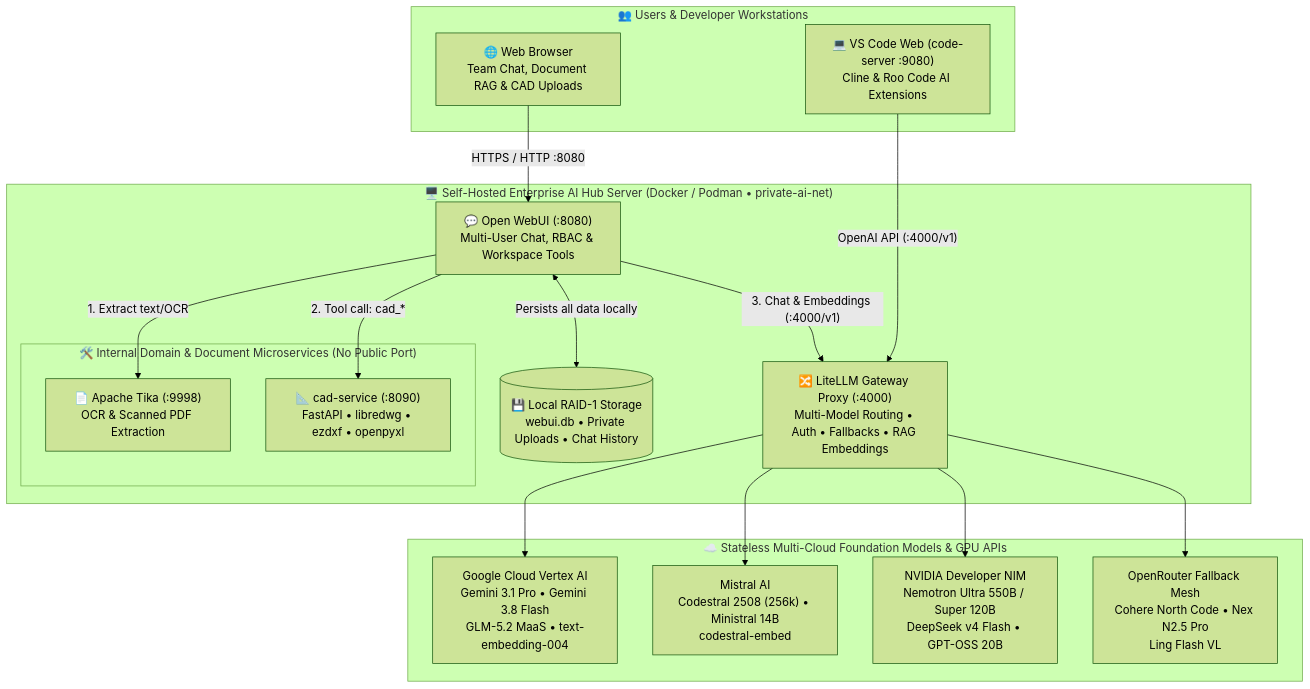
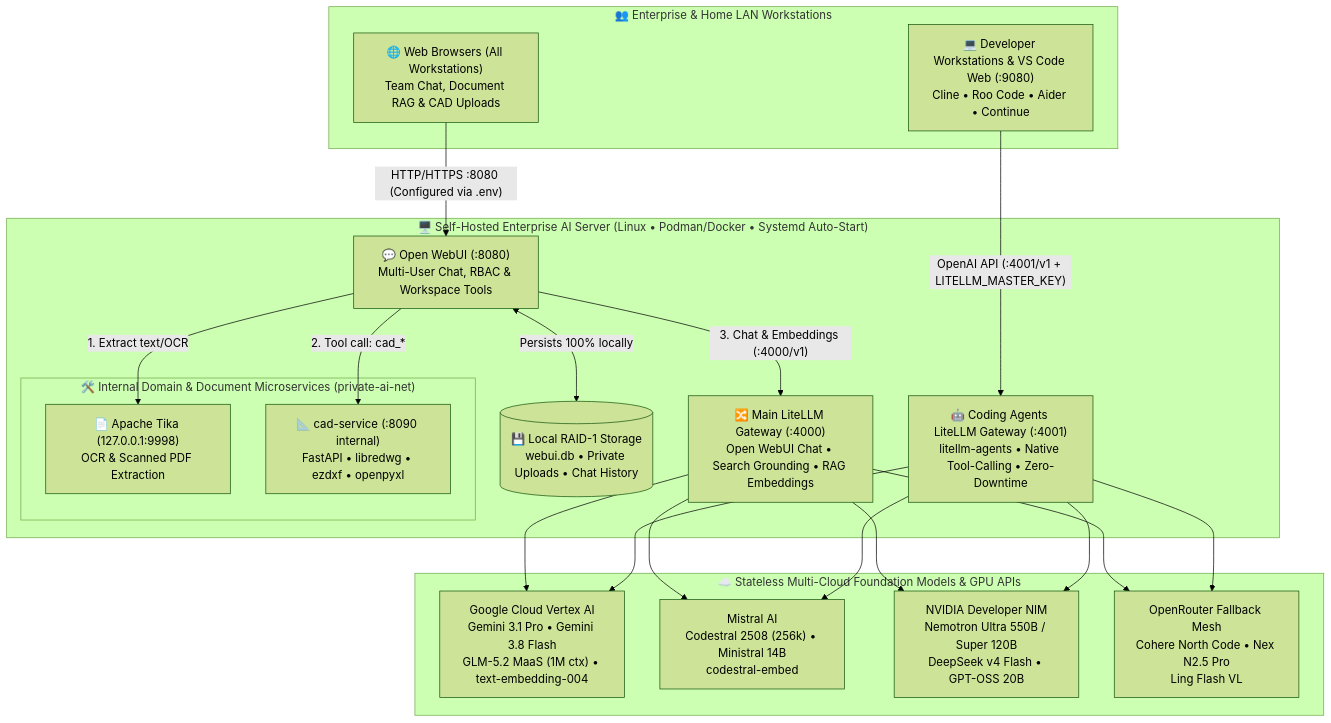
The first of 2 diagrams in README.md (AI-Governance-Lab/private-enterprise-ai-hub), drawn with Mermaid (forest theme) before and after one commit. The commit also changed other lines of this file and 16 other files, not shown here.

Commit message:
feat: add litellm-agents gateway, .env network/port config, systemd autostart & enterprise README

````diff
--- a/README.md
+++ b/README.md
@@ -47,38 +56,44 @@
 ```mermaid
 graph TB
-    subgraph Clients["👥 Users & Developer Workstations"]
-        Browser["🌐 Web Browser\nTeam Chat, Document RAG & CAD Uploads"]
-        WebIDE["💻 VS Code Web (code-server :9080)\nCline & Roo Code AI Extensions"]
+    subgraph Clients["👥 Enterprise & Home LAN Workstations"]
+        Browser["🌐 Web Browsers (All Workstations)\nTeam Chat, Document RAG & CAD Uploads"]
+        IDEs["💻 Developer Workstations & VS Code Web (:9080)\nCline • Roo Code • Aider • Continue"]
     end
 
-    subgraph Host["🖥️ Self-Hosted Enterprise AI Hub Server (Docker / Podman • private-ai-net)"]
+    subgraph Host["🖥️ Self-Hosted Enterprise AI Server (Linux • Podman/Docker • Systemd Auto-Start)"]
         WebUI["💬 Open WebUI (:8080)\nMulti-User Chat, RBAC & Workspace Tools"]
         RAID[("💾 Local RAID-1 Storage\nwebui.db • Private Uploads • Chat History")]
 
-        ProxyChat["🔀 LiteLLM Gateway Proxy (:4000)\nMulti-Model Routing • Auth • Fallbacks • RAG Embeddings"]
+        ProxyChat["🔀 Main LiteLLM Gateway (:4000)\nOpen WebUI Chat • Search Grounding • RAG Embeddings"]
+        ProxyAgents["🤖 Coding Agents LiteLLM Gateway (:4001)\nlitellm-agents • Native Tool-Calling • Zero-Downtime"]
 
-        subgraph InternalServices["🛠️ Internal Domain & Document Microservices (No Public Port)"]
-            Tika["📄 Apache Tika (:9998)\nOCR & Scanned PDF Extraction"]
-            CAD["📐 cad-service (:8090)\nFastAPI • libredwg • ezdxf • openpyxl"]
+        subgraph InternalServices["🛠️ Internal Domain & Document Microservices (private-ai-net)"]
+            Tika["📄 Apache Tika (127.0.0.1:9998)\nOCR & Scanned PDF Extraction"]
+            CAD["📐 cad-service (:8090 internal)\nFastAPI • libredwg • ezdxf • openpyxl"]
         end
     end
 
     subgraph CloudProviders["☁️ Stateless Multi-Cloud Foundation Models & GPU APIs"]
-        Vertex["Google Cloud Vertex AI\nGemini 3.1 Pro • Gemini 3.8 Flash\nGLM-5.2 MaaS • text-embedding-004"]
+        Vertex["Google Cloud Vertex AI\nGemini 3.1 Pro • Gemini 3.8 Flash\nGLM-5.2 MaaS (1M ctx) • text-embedding-004"]
         Mistral["Mistral AI\nCodestral 2508 (256k) • Ministral 14B\ncodestral-embed"]
         NIM["NVIDIA Developer NIM\nNemotron Ultra 550B / Super 120B\nDeepSeek v4 Flash • GPT-OSS 20B"]
         OR["OpenRouter Fallback Mesh\nCohere North Code • Nex N2.5 Pro\nLing Flash VL"]
     end
 
-    Browser -->|"HTTPS / HTTP :8080"| WebUI
-    WebUI <-->|"Persists all data locally"| RAID
+    Browser -->|"HTTP/HTTPS :8080 (Configured via .env)"| WebUI
+    WebUI <-->|"Persists 100% locally"| RAID
     WebUI -->|"1. Extract text/OCR"| Tika
     WebUI -->|"2. Tool call: cad_*"| CAD
     WebUI -->|"3. Chat & Embeddings (:4000/v1)"| ProxyChat
-    WebIDE -->|"OpenAI API (:4000/v1)"| ProxyChat
+    IDEs -->|"OpenAI API (:4001/v1 + LITELLM_MASTER_KEY)"| ProxyAgents
 
     ProxyChat --> Vertex
     ProxyChat --> Mistral
     ProxyChat --> NIM
     ProxyChat --> OR
+
+    ProxyAgents --> Vertex
+    ProxyAgents --> Mistral
+    ProxyAgents --> NIM
+    ProxyAgents --> OR
 ```
````
